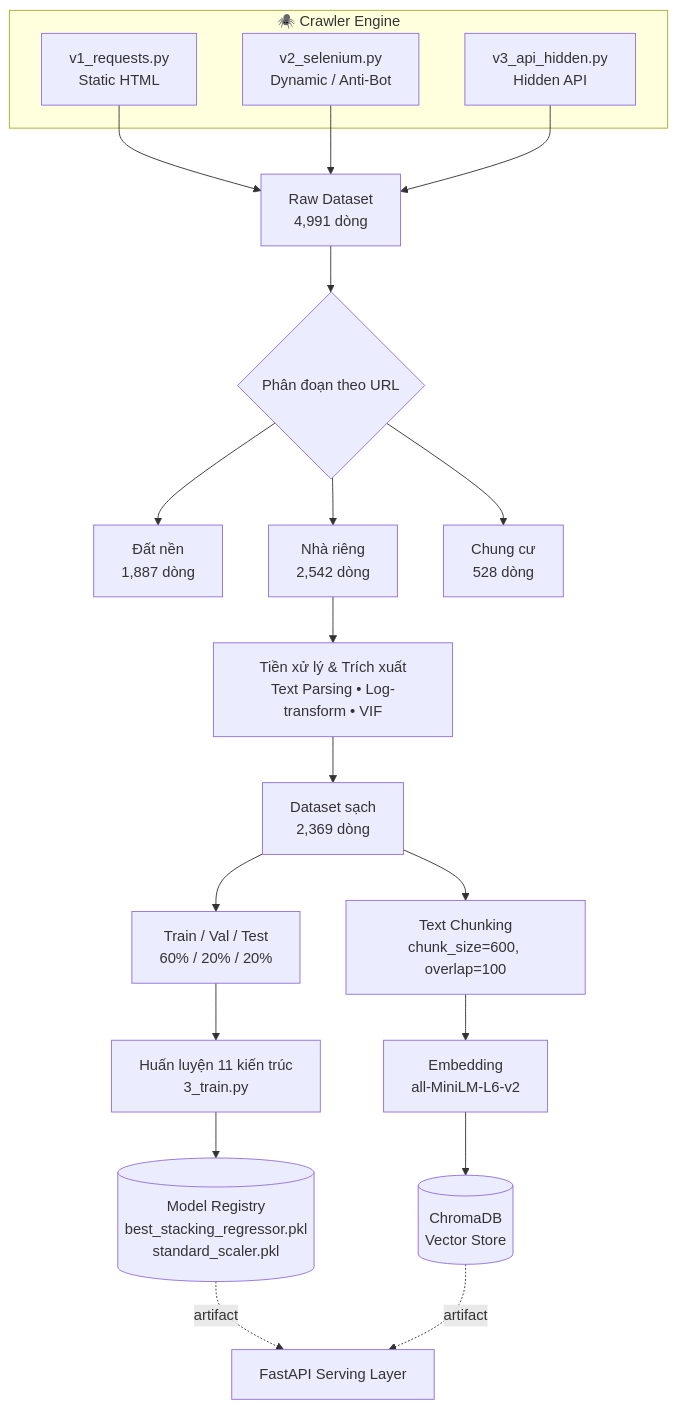
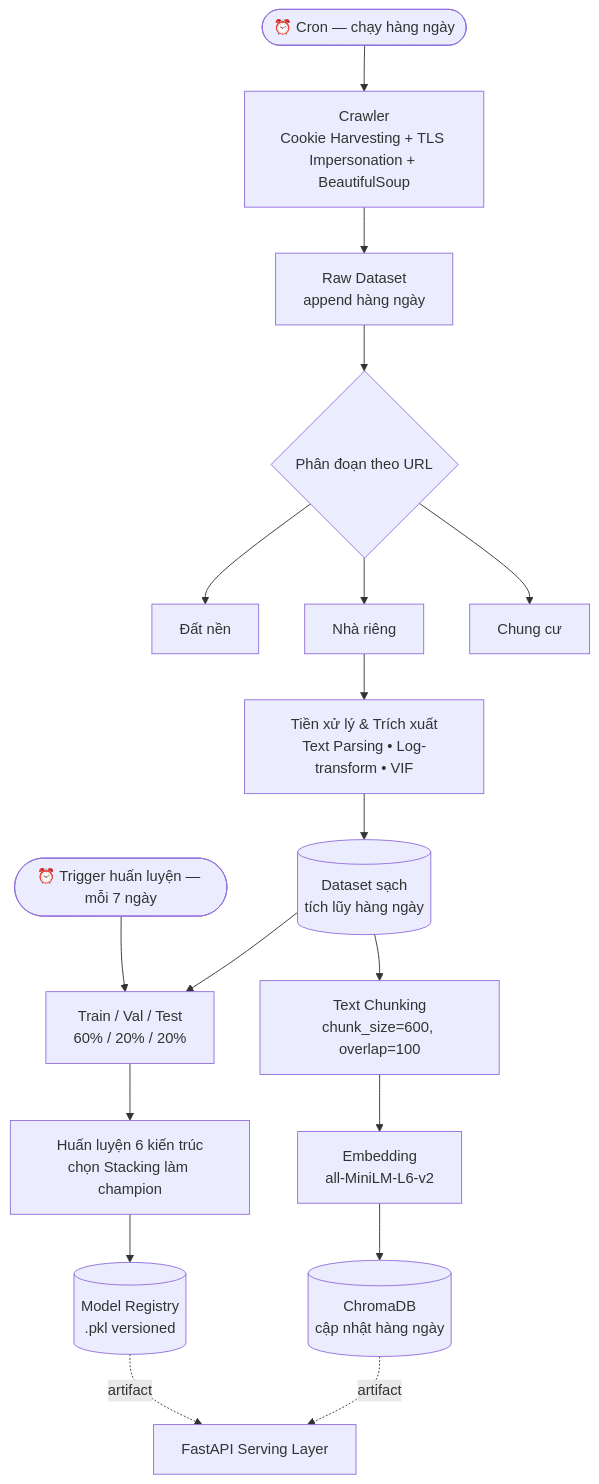
The first of 2 diagrams in README.md (nguyentranhuynhchi/aura-realestate), drawn with Mermaid before and after one commit. The commit also changed other lines of this file, not shown here.

````diff
--- a/README.md
+++ b/README.md
@@ -27,31 +30,28 @@
 ```mermaid
 flowchart TD
-    subgraph CRAWL["🕷️ Crawler Engine"]
-        A1[v1_requests.py<br/>Static HTML]
-        A2[v2_selenium.py<br/>Dynamic / Anti-Bot]
-        A3[v3_api_hidden.py<br/>Hidden API]
-    end
+    SCHED_D(["⏰ Cron — chạy hàng ngày"])
+    SCHED_W(["⏰ Trigger huấn luyện — mỗi 7 ngày"])
 
-    A1 --> B[Raw Dataset<br/>4,991 dòng]
-    A2 --> B
-    A3 --> B
+    SCHED_D --> A[Crawler<br/>Cookie Harvesting + TLS Impersonation + BeautifulSoup]
+    A --> B[Raw Dataset<br/>append hàng ngày]
 
     B --> C{Phân đoạn theo URL}
-    C --> C1[Đất nền<br/>1,887 dòng]
-    C --> C2[Nhà riêng<br/>2,542 dòng]
-    C --> C3[Chung cư<br/>528 dòng]
+    C --> C1[Đất nền]
+    C --> C2[Nhà riêng]
+    C --> C3[Chung cư]
 
     C2 --> D[Tiền xử lý & Trích xuất<br/>Text Parsing • Log-transform • VIF]
-    D --> E[Dataset sạch<br/>2,369 dòng]
-
-    E --> F[Train / Val / Test<br/>60% / 20% / 20%]
-    F --> G[Huấn luyện 11 kiến trúc<br/>3_train.py]
-    G --> H[(Model Registry<br/>best_stacking_regressor.pkl<br/>standard_scaler.pkl)]
+    D --> E[(Dataset sạch<br/>tích lũy hàng ngày)]
 
     E --> I[Text Chunking<br/>chunk_size=600, overlap=100]
     I --> J[Embedding<br/>all-MiniLM-L6-v2]
-    J --> K[(ChromaDB<br/>Vector Store)]
+    J --> K[(ChromaDB<br/>cập nhật hàng ngày)]
+
+    SCHED_W --> F
+    E --> F[Train / Val / Test<br/>60% / 20% / 20%]
+    F --> G[Huấn luyện 6 kiến trúc<br/>chọn Stacking làm champion]
+    G --> H[(Model Registry<br/>.pkl versioned)]
 
     H -.artifact.-> M[FastAPI Serving Layer]
     K -.artifact.-> M
 ```
````
